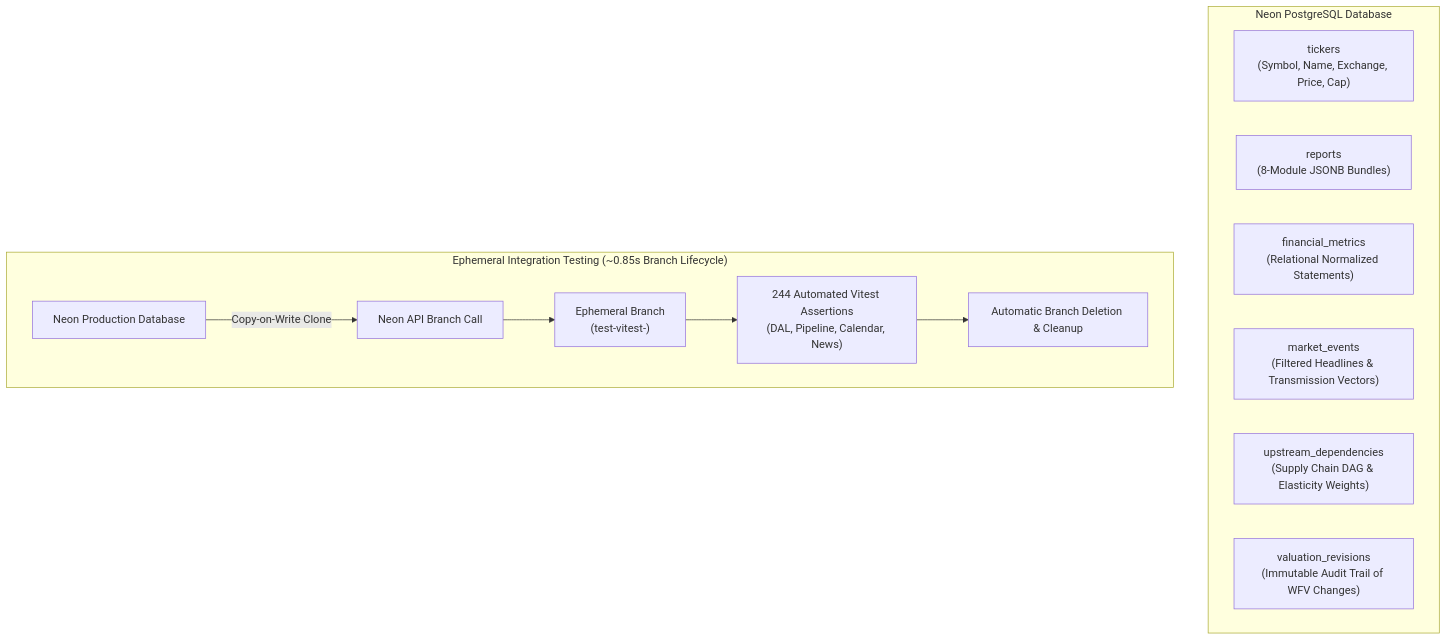
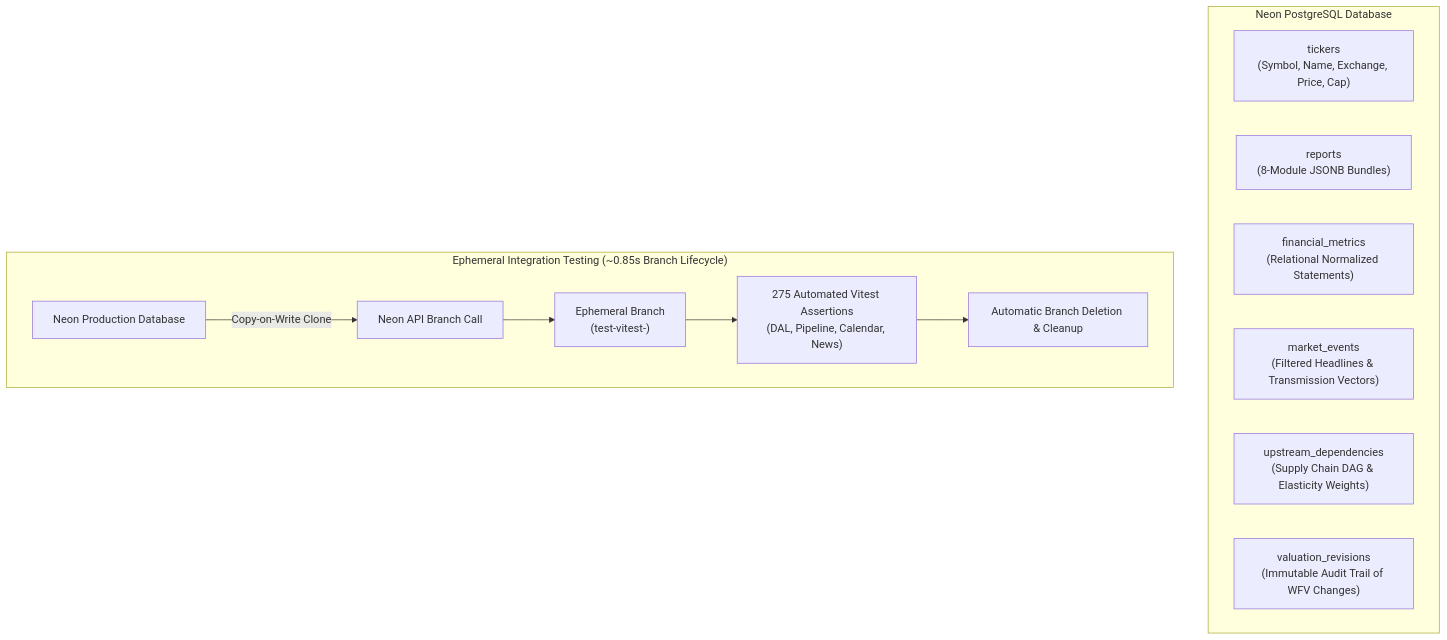
The third of 9 diagrams in docs/architecture.md (phanturne/stress-alpha), drawn with Mermaid before and after one commit. The commit also changed other lines of this file and 9 other files, not shown here.

First line of the commit message:
docs: refresh README interface screenshots, architecture diagrams & workspace specs (#16)

````diff
--- a/docs/architecture.md
+++ b/docs/architecture.md
@@ -138,20 +138,20 @@
 ```mermaid
 flowchart TD
     subgraph NeonDB["Neon PostgreSQL Database"]
         TickersTab["tickers\n(Symbol, Name, Exchange, Price, Cap)"]
         ReportsTab["reports\n(8-Module JSONB Bundles)"]
         MetricsTab["financial_metrics\n(Relational Normalized Statements)"]
         EventsTab["market_events\n(Filtered Headlines & Transmission Vectors)"]
         DepsTab["upstream_dependencies\n(Supply Chain DAG & Elasticity Weights)"]
         RevisionsTab["valuation_revisions\n(Immutable Audit Trail of WFV Changes)"]
     end
 
     subgraph TestingStrategy["Ephemeral Integration Testing (~0.85s Branch Lifecycle)"]
         ProdDB["Neon Production Database"]
         APIBranch["Neon API Branch Call"]
         ProdDB -->|"Copy-on-Write Clone"| APIBranch
         APIBranch --> TestBranch["Ephemeral Branch\n(test-vitest-<timestamp>)"]
-        TestBranch --> VitestRuns["244 Automated Vitest Assertions\n(DAL, Pipeline, Calendar, News)"]
+        TestBranch --> VitestRuns["275 Automated Vitest Assertions\n(DAL, Pipeline, Calendar, News)"]
         VitestRuns --> ReapBranch["Automatic Branch Deletion & Cleanup"]
     end
 ```
````
